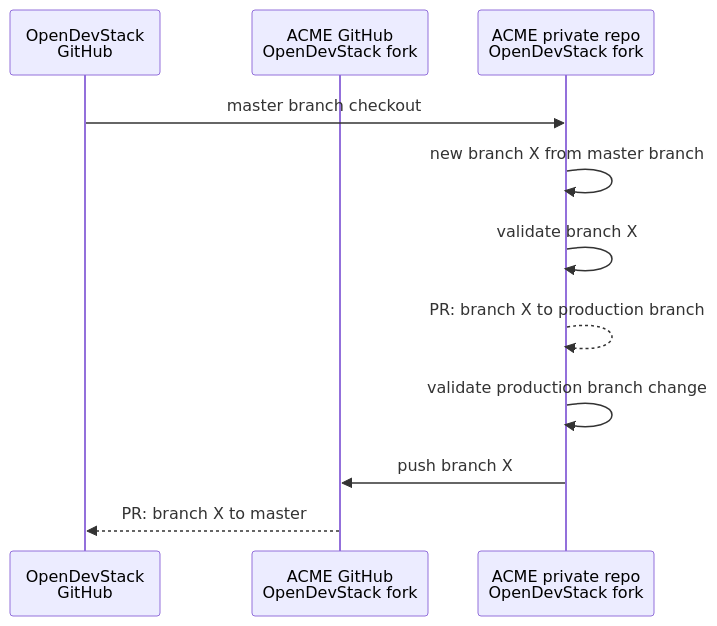
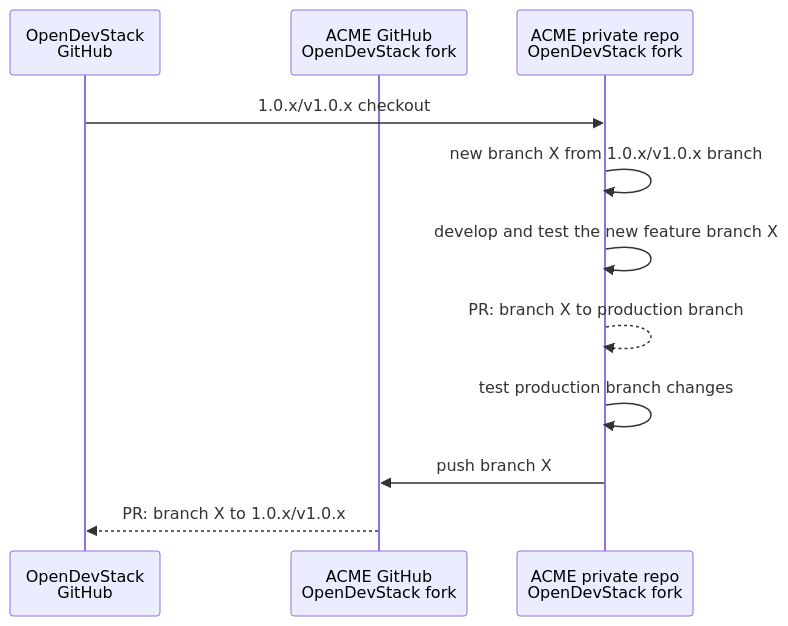
The diagram in doc/development-guide.md (opendevstack/opendevstack.github.io), drawn with Mermaid before and after one commit. The commit also changed other lines of this file, not shown here.

Commit message:
improving contribution diagram

```diff
--- a/doc/development-guide.md
+++ b/doc/development-guide.md
@@ -112,13 +113,13 @@
 <div class="mermaid">
 sequenceDiagram
     participant A as OpenDevStack <br />GitHub
     participant B as ACME GitHub <br />OpenDevStack fork
     participant C as ACME private repo <br />OpenDevStack fork
-    A->>C: master branch checkout
-    C->>C: new branch X from master branch
-    C->>C: validate branch X
+    A->>C: 1.0.x/v1.0.x checkout
+    C->>C: new branch X from 1.0.x/v1.0.x branch
+    C->>C: develop and test the new feature branch X
     C-->>C: PR: branch X to production branch
-    C->>C: validate production branch change
+    C->>C: test production branch changes
     C->>B: push branch X
-    B-->>A: PR: branch X to master
+    B-->>A: PR: branch X to 1.0.x/v1.0.x
 </div>
```
